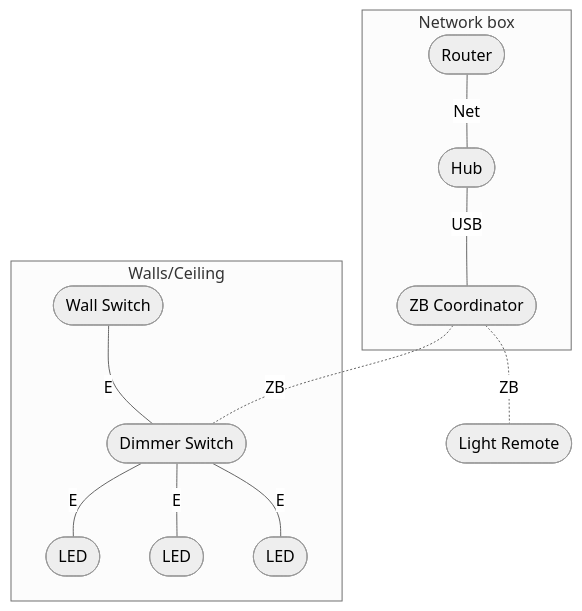
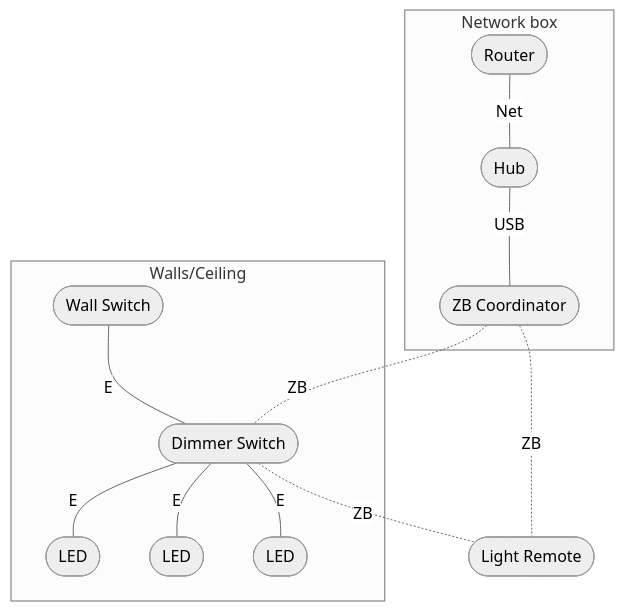
One commit to freenandes/topo-da-mente changed the diagram in content/note/connected-home-switches.md. Above: the diagram before and after it, drawn with Mermaid (neutral theme).

Commit message:
Dec 17, 2023, 1:27 PM

````diff
--- a/content/note/connected-home-switches.md
+++ b/content/note/connected-home-switches.md
@@ -71,16 +71,17 @@
 ```mermaid
 flowchart TB
 subgraph nwb[Network box]
     iro([Router]) --Net---
     hub([Hub]) --USB---
     coo([ZB Coordinator])
 end
 coo -.ZB.- rem([Light Remote])
 subgraph con[Walls/Ceiling]
     dsw([Dimmer Switch]) --E--- ll1([LED])
     dsw --E--- ll2([LED])
     dsw --E--- ll3([LED])
     wls([Wall Switch]) --E--- dsw
 end
 coo -.ZB.- dsw
+dsw -.ZB.- rem
 ```
````
